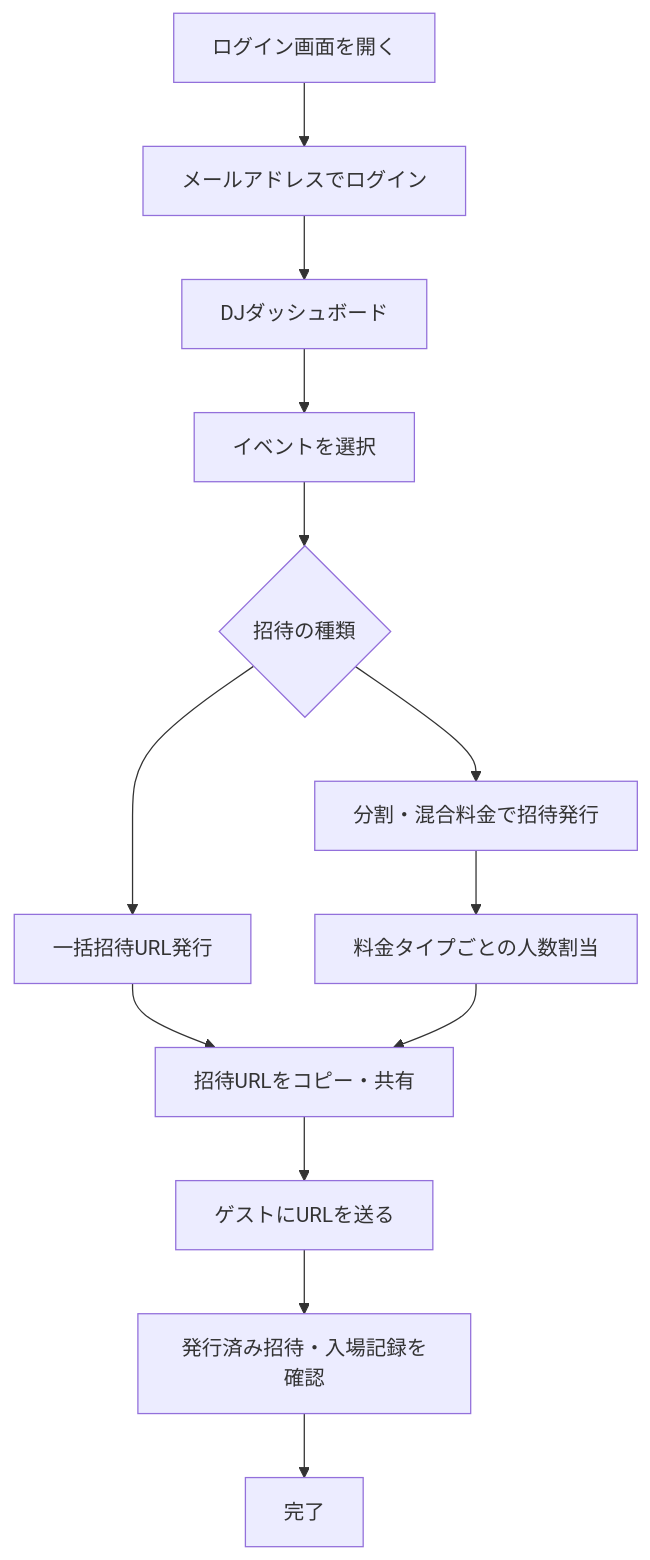
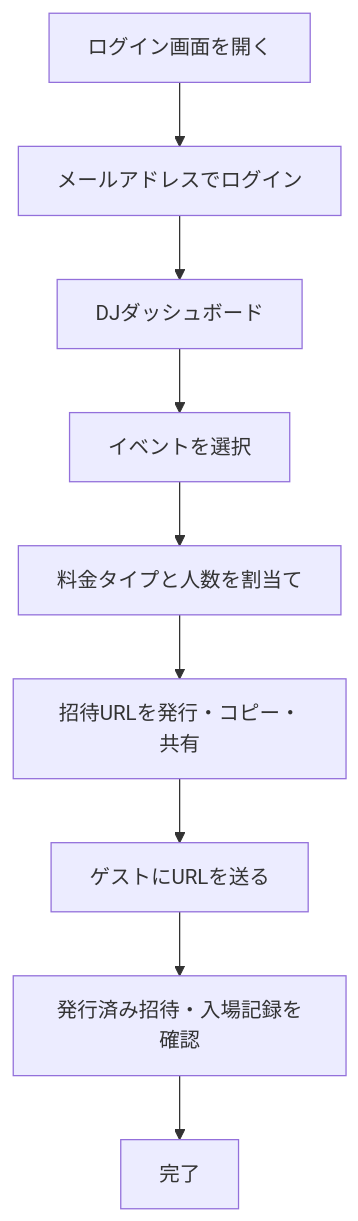
Before and after one commit to okumura521/womb-auth-manual: the diagram in 使用マニュアル_DJ画面.md, drawn with Mermaid. The commit also changed other lines of this file and 3 other files, not shown here.

````diff
--- a/使用マニュアル_DJ画面.md
+++ b/使用マニュアル_DJ画面.md
@@ -9,15 +9,11 @@
 ```mermaid
 flowchart TD
   Start[ログイン画面を開く] --> Login[メールアドレスでログイン]
   Login --> Dashboard[DJダッシュボード]
   Dashboard --> SelectEvent[イベントを選択]
-  SelectEvent --> Invite{招待の種類}
-  Invite --> Bulk[一括招待URL発行]
-  Invite --> Split[分割・混合料金で招待発行]
-  Bulk --> Copy[招待URLをコピー・共有]
-  Split --> Assign[料金タイプごとの人数割当]
-  Assign --> Copy
+  SelectEvent --> Assign[料金タイプと人数を割当て]
+  Assign --> Copy[招待URLを発行・コピー・共有]
   Copy --> Guest[ゲストにURLを送る]
   Guest --> Check[発行済み招待・入場記録を確認]
   Check --> End[完了]
 ```
````
